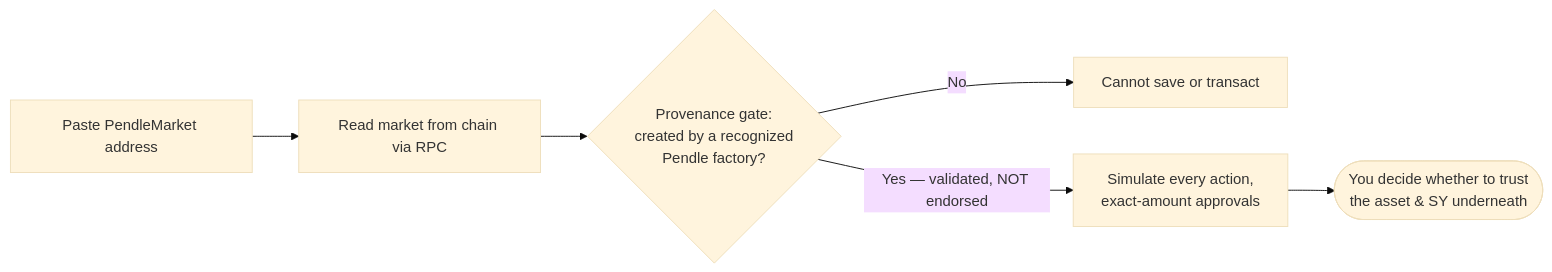
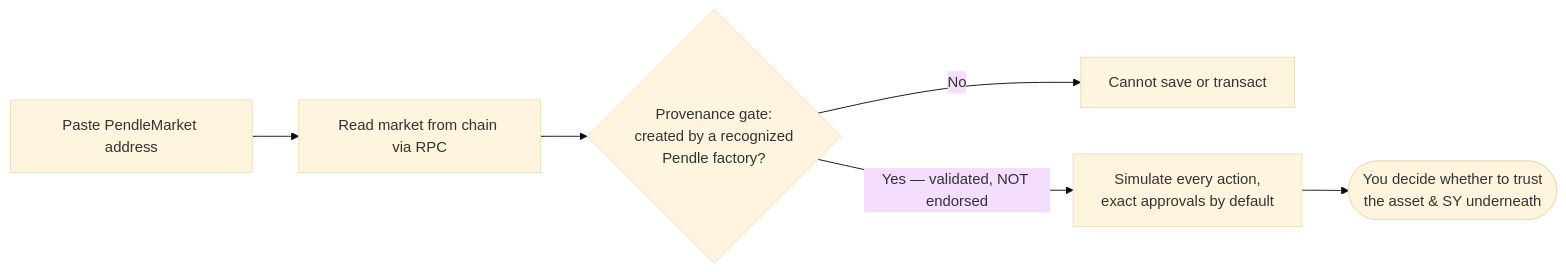
One commit to ggmatch-mod/open-pendle changed the second of 2 diagrams in docs-site/concepts/community-pools.md. Above: the diagram before and after it, drawn with Mermaid (base theme). The commit also changed other lines of this file and 65 other files, not shown here.

First line of the commit message:
Add SY wrapper flows and harden token handling

````diff
--- a/docs-site/concepts/community-pools.md
+++ b/docs-site/concepts/community-pools.md
@@ -92,8 +92,8 @@
 ```mermaid
 flowchart LR
   P[Paste PendleMarket address] --> R[Read market from chain via RPC]
   R --> V{Provenance gate:<br/>created by a recognized<br/>Pendle factory?}
   V -->|No| B[Cannot save or transact]
-  V -->|Yes — validated, NOT endorsed| S[Simulate every action,<br/>exact-amount approvals]
+  V -->|Yes — validated, NOT endorsed| S[Simulate every action,<br/>exact approvals by default]
   S --> Y([You decide whether to trust<br/>the asset & SY underneath])
 ```
````
